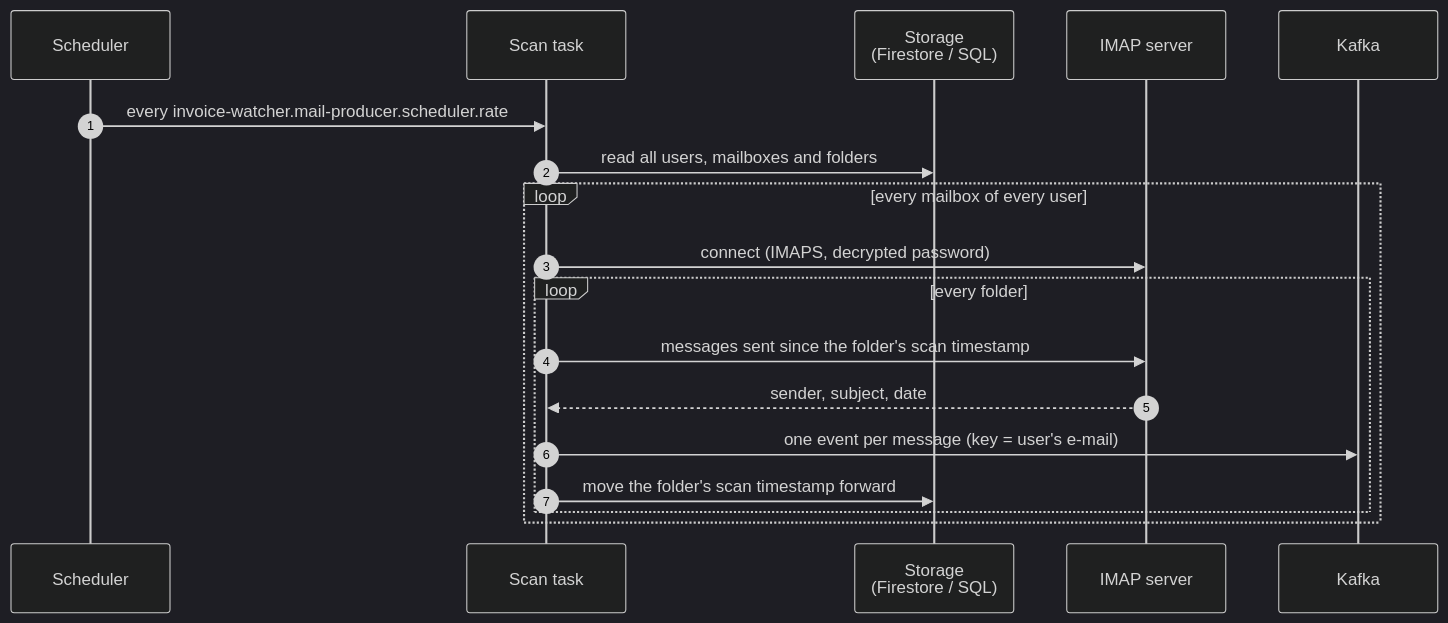
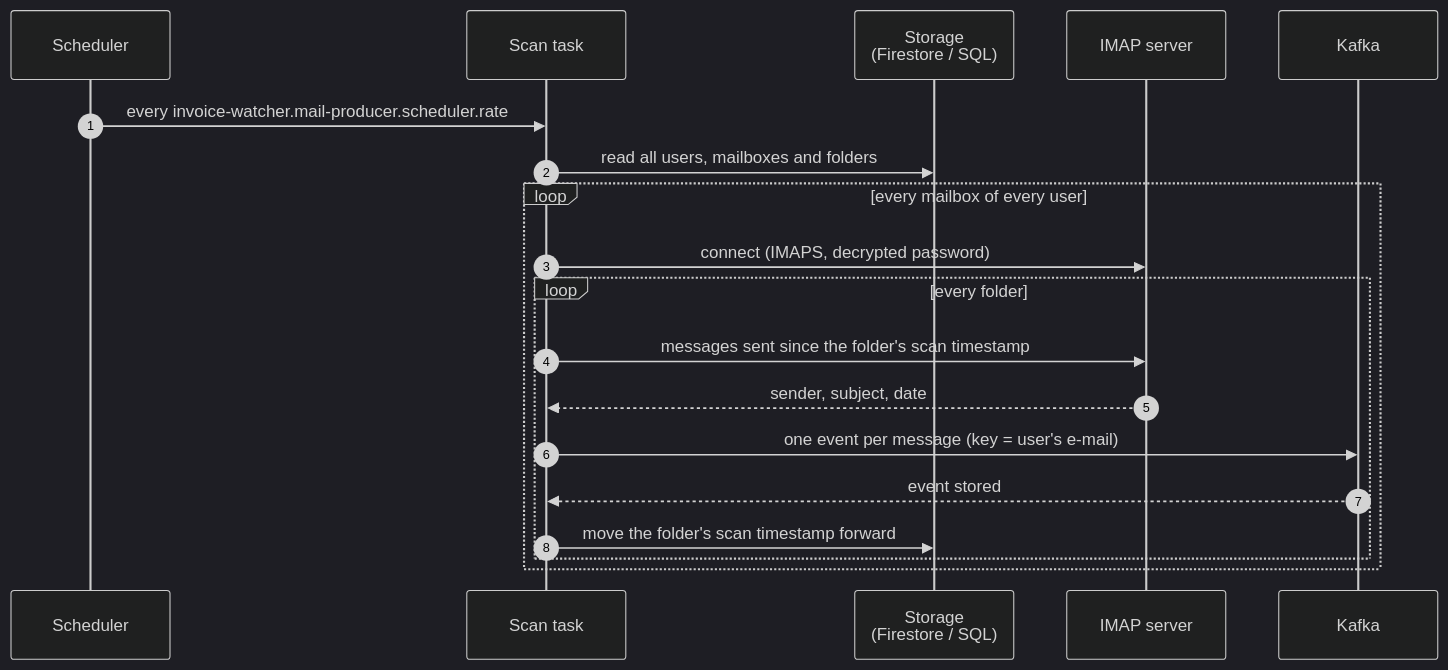
Before and after one commit to Guslarz/invoice-watcher: the first of 2 diagrams in docs/system/index.md, drawn with Mermaid (dark theme). The commit also changed other lines of this file and 9 other files, not shown here.

````diff
--- a/docs/system/index.md
+++ b/docs/system/index.md
@@ -12,21 +12,22 @@
 ```mermaid
 sequenceDiagram
   autonumber
   participant S as Scheduler
   participant T as Scan task
   participant D as Storage<br/>(Firestore / SQL)
   participant M as IMAP server
   participant K as Kafka
 
   S->>T: every invoice-watcher.mail-producer.scheduler.rate
   T->>D: read all users, mailboxes and folders
   loop every mailbox of every user
     T->>M: connect (IMAPS, decrypted password)
     loop every folder
       T->>M: messages sent since the folder's scan timestamp
       M-->>T: sender, subject, date
       T->>K: one event per message (key = user's e-mail)
+      K-->>T: event stored
       T->>D: move the folder's scan timestamp forward
     end
   end
 ```
````
